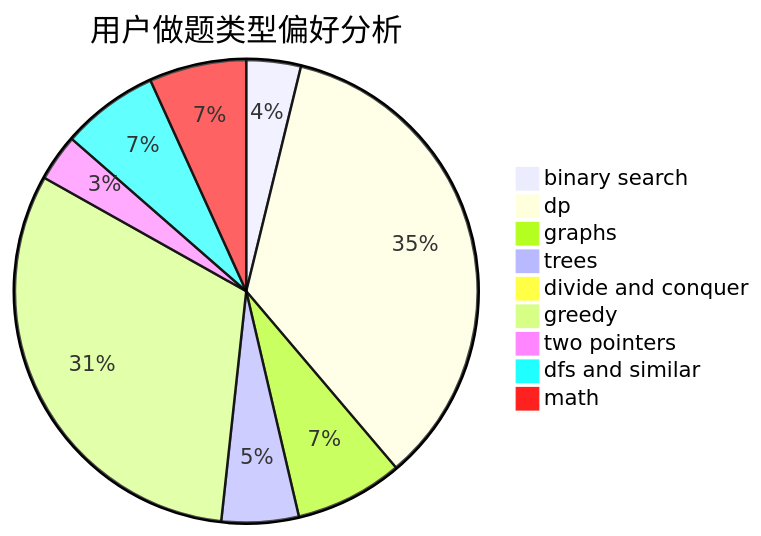
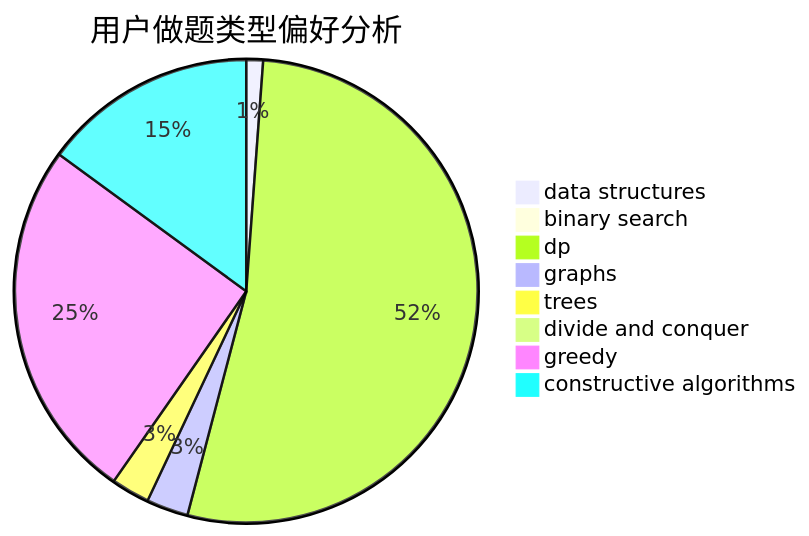
The second of 3 diagrams in docs/user/u379.md (sherpahu/cfrs.github.io), drawn with Mermaid before and after one commit. The commit also changed other lines of this file and 2775 other files, not shown here.

````diff
--- a/docs/user/u379.md
+++ b/docs/user/u379.md
@@ -23,12 +23,11 @@
 ```mermaid
 pie title 用户做题类型偏好分析
-    "binary search" :  65
-    "dp" :  598
-    "graphs" :  129
-    "trees" :  92
-    "divide and conquer" :  14
-    "greedy" :  537
-    "two pointers" :  56
-    "dfs and similar" :  116
-    "math" :  116
+    "data structures" :  10
+    "binary search" :  7
+    "dp" :  453
+    "graphs" :  25
+    "trees" :  23
+    "divide and conquer" :  0
+    "greedy" :  217
+    "constructive algorithms" :  128
 ```
````
